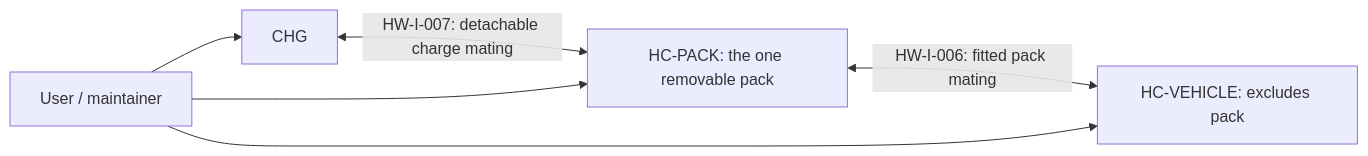
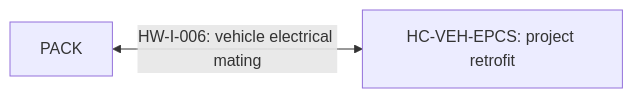
Before and after one commit to dhellhake/X2CityMCU: the diagram in .devenv/Architecture/ARCH-002_Hardware_Architecture.md, drawn with Mermaid. The commit also changed other lines of this file and 32 other files, not shown here.

Commit message:
Removal of mechanical requirements and architecture

````diff
--- a/.devenv/Architecture/ARCH-002_Hardware_Architecture.md
+++ b/.devenv/Architecture/ARCH-002_Hardware_Architecture.md
@@ -16,8 +16,4 @@
 ```mermaid
 flowchart LR
-  CHG <-->|HW-I-007: detachable charge mating| PACK[HC-PACK: the one removable pack]
-  PACK <-->|HW-I-006: fitted pack mating| VEH[HC-VEHICLE: excludes pack]
-  RIDER[User / maintainer] --> VEH
-  RIDER --> PACK
-  RIDER --> CHG
+  PACK <-->|HW-I-006: vehicle electrical mating| EPCS[HC-VEH-EPCS: project retrofit]
 ```
````
